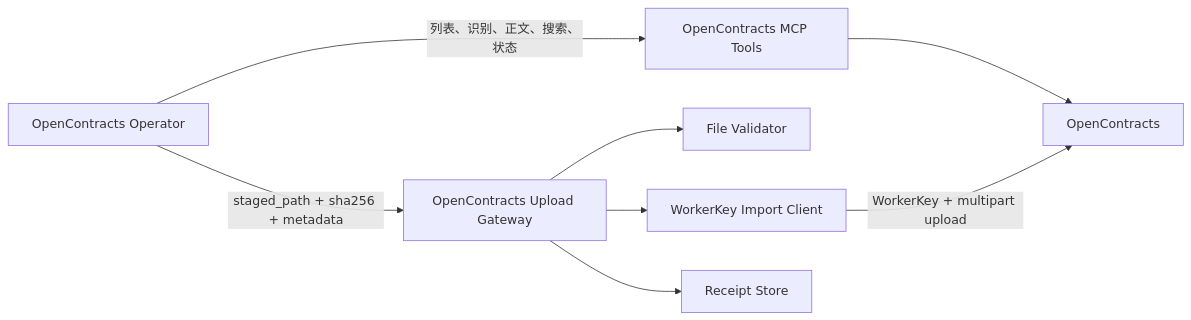
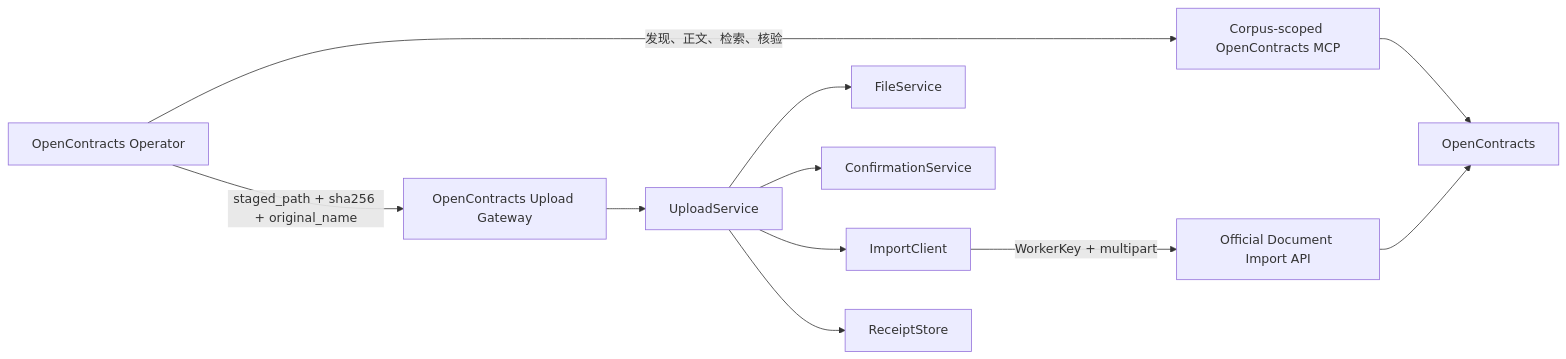
One commit to Ri0n72Y/ContractBotConfig changed the first of 2 diagrams in plugins/astrbot_plugin_opencontracts_gateway/README.md. Above: the diagram before and after it, drawn with Mermaid. The commit also changed other lines of this file and 43 other files, not shown here.

Commit message:
phase2: move OpenContracts reads to MCP and split upload gateway

````diff
--- a/plugins/astrbot_plugin_opencontracts_gateway/README.md
+++ b/plugins/astrbot_plugin_opencontracts_gateway/README.md
@@ -19,18 +18,24 @@
 ```mermaid
 flowchart LR
     Operator[OpenContracts Operator]
-    MCP[OpenContracts MCP Tools]
+    MCP[Corpus-scoped OpenContracts MCP]
     Gateway[OpenContracts Upload Gateway]
-    Validator[File Validator]
-    ImportClient[WorkerKey Import Client]
-    ReceiptStore[Receipt Store]
+    FileService[FileService]
+    Confirmation[ConfirmationService]
+    UploadService[UploadService]
+    ImportClient[ImportClient]
+    ReceiptStore[ReceiptStore]
+    ImportAPI[Official Document Import API]
     OC[OpenContracts]
 
-    Operator -->|列表、识别、正文、搜索、状态| MCP
+    Operator -->|发现、正文、检索、核验| MCP
     MCP --> OC
-    Operator -->|staged_path + sha256 + metadata| Gateway
-    Gateway --> Validator
-    Gateway --> ImportClient
-    ImportClient -->|WorkerKey + multipart upload| OC
-    Gateway --> ReceiptStore
+    Operator -->|staged_path + sha256 + original_name| Gateway
+    Gateway --> UploadService
+    UploadService --> FileService
+    UploadService --> Confirmation
+    UploadService --> ImportClient
+    ImportClient -->|WorkerKey + multipart| ImportAPI
+    ImportAPI --> OC
+    UploadService --> ReceiptStore
 ```
````
